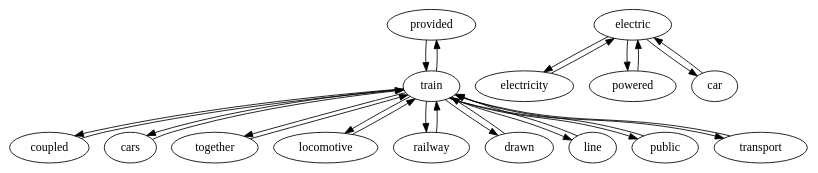
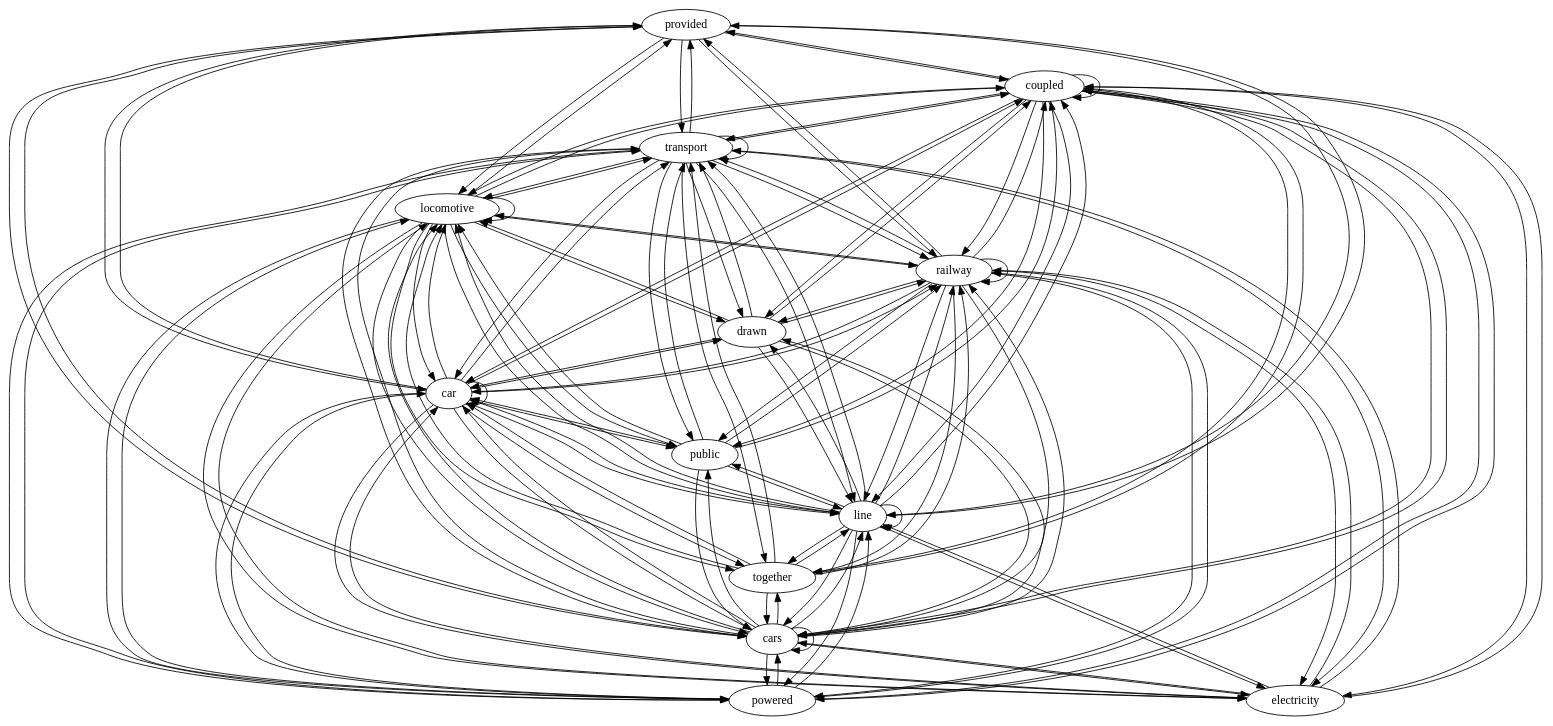
One commit to shrinivaasanka/asfer-github-code changed the diagram in python-src/InterviewAlgorithm/InterviewAlgorithmWithIntrinisicMerit_Crawl_Visual_RGOGraph.dot. Above: the diagram before and after it, drawn with Graphviz. The commit also changed 3 other files, not shown here.

```diff
--- a/python-src/InterviewAlgorithm/InterviewAlgorithmWithIntrinisicMerit_Crawl_Visual_RGOGraph.dot
+++ b/python-src/InterviewAlgorithm/InterviewAlgorithmWithIntrinisicMerit_Crawl_Visual_RGOGraph.dot
@@ -1,43 +1,148 @@
-strict digraph G {
+digraph G {
 provided;
-electric;
 coupled;
 electricity;
 cars;
 powered;
+line;
 together;
-locomotive;
-railway;
-train;
+public;
 car;
 drawn;
-line;
-public;
+railway;
+locomotive;
 transport;
-provided -> train;
-electric -> electricity;
-electric -> car;
-electric -> powered;
-coupled -> train;
-electricity -> electric;
-cars -> train;
-powered -> electric;
-together -> train;
-locomotive -> train;
-railway -> train;
-train -> provided;
-train -> coupled;
-train -> cars;
-train -> together;
-train -> locomotive;
-train -> railway;
-train -> drawn;
-train -> line;
-train -> public;
-train -> transport;
-car -> electric;
-drawn -> train;
-line -> train;
-public -> train;
-transport -> train;
+provided -> coupled;
+provided -> cars;
+provided -> locomotive;
+provided -> car;
+provided -> railway;
+provided -> line;
+provided -> transport;
+coupled -> provided;
+coupled -> coupled;
+coupled -> electricity;
+coupled -> cars;
+coupled -> powered;
+coupled -> line;
+coupled -> together;
+coupled -> public;
+coupled -> car;
+coupled -> drawn;
+coupled -> railway;
+coupled -> locomotive;
+coupled -> transport;
+electricity -> coupled;
+electricity -> cars;
+electricity -> locomotive;
+electricity -> car;
+electricity -> railway;
+electricity -> line;
+electricity -> transport;
+cars -> provided;
+cars -> coupled;
+cars -> electricity;
+cars -> cars;
+cars -> powered;
+cars -> line;
+cars -> together;
+cars -> public;
+cars -> car;
+cars -> drawn;
+cars -> railway;
+cars -> locomotive;
+cars -> transport;
+powered -> coupled;
+powered -> cars;
+powered -> locomotive;
+powered -> car;
+powered -> railway;
+powered -> line;
+powered -> transport;
+line -> provided;
+line -> powered;
+line -> electricity;
+line -> cars;
+line -> coupled;
+line -> line;
+line -> together;
+line -> public;
+line -> car;
+line -> drawn;
+line -> railway;
+line -> locomotive;
+line -> transport;
+together -> coupled;
+together -> cars;
+together -> locomotive;
+together -> car;
+together -> railway;
+together -> line;
+together -> transport;
+public -> coupled;
+public -> cars;
+public -> locomotive;
+public -> car;
+public -> railway;
+public -> line;
+public -> transport;
+car -> provided;
+car -> drawn;
+car -> powered;
+car -> electricity;
+car -> cars;
+car -> coupled;
+car -> together;
+car -> locomotive;
+car -> car;
+car -> railway;
+car -> line;
+car -> public;
+car -> transport;
+drawn -> coupled;
+drawn -> cars;
+drawn -> locomotive;
+drawn -> car;
+drawn -> railway;
+drawn -> line;
+drawn -> transport;
+railway -> provided;
+railway -> powered;
+railway -> electricity;
+railway -> cars;
+railway -> coupled;
+railway -> together;
+railway -> locomotive;
+railway -> railway;
+railway -> car;
+railway -> drawn;
+railway -> line;
+railway -> public;
+railway -> transport;
+locomotive -> provided;
+locomotive -> powered;
+locomotive -> electricity;
+locomotive -> cars;
+locomotive -> coupled;
+locomotive -> together;
+locomotive -> locomotive;
+locomotive -> railway;
+locomotive -> car;
+locomotive -> drawn;
+locomotive -> line;
+locomotive -> public;
+locomotive -> transport;
+transport -> provided;
+transport -> powered;
+transport -> electricity;
+transport -> cars;
+transport -> coupled;
+transport -> together;
+transport -> locomotive;
+transport -> railway;
+transport -> car;
+transport -> drawn;
+transport -> line;
+transport -> public;
+transport -> transport;
 }
```
